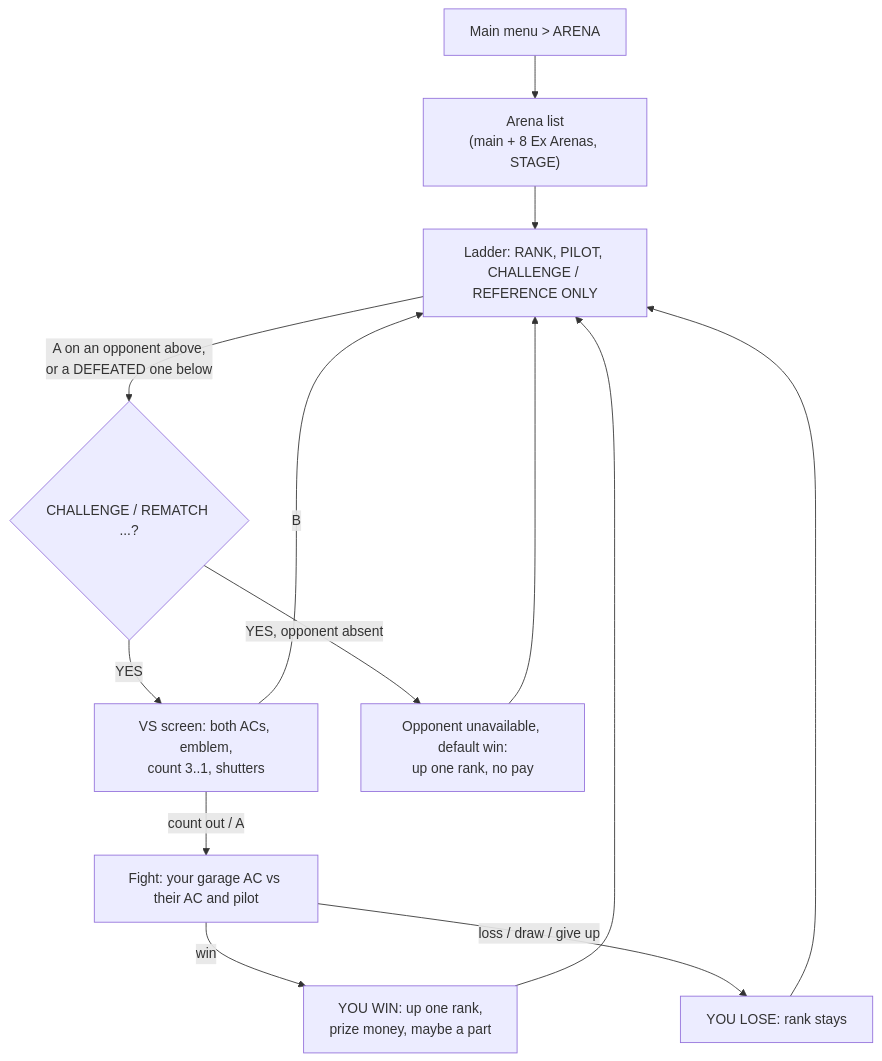
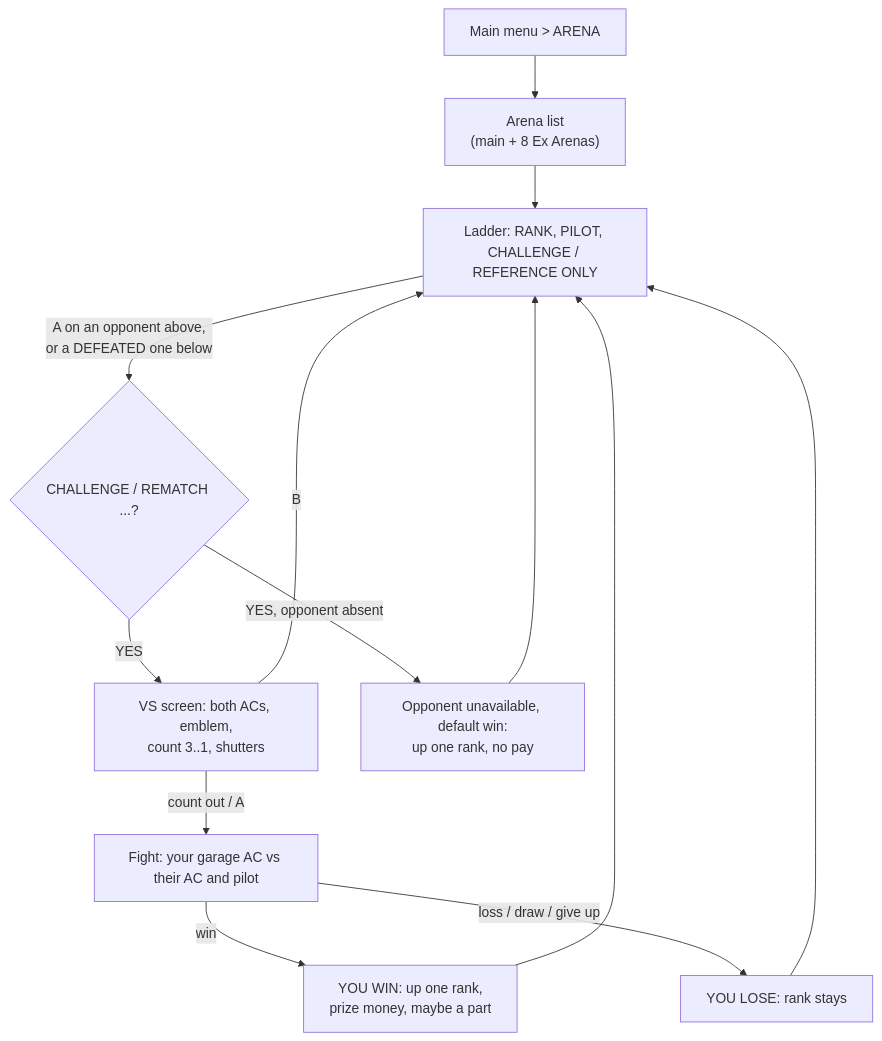
One commit to Hatdagger/Armored-CoreR changed the diagram in docs/ARENA.md. Above: the diagram before and after it, drawn with Mermaid. The commit also changed other lines of this file and 3 other files, not shown here.

First line of the commit message:
ASSEMBLE: wrapping slot list with a fixed focus row, AC STATUS box; ARENA: stage picked in the challenge window

````diff
--- a/docs/ARENA.md
+++ b/docs/ARENA.md
@@ -39,15 +39,15 @@
 ```mermaid
 flowchart TD
-    M["Main menu > ARENA"] --> L["Arena list<br/>(main + 8 Ex Arenas, STAGE)"]
+    M["Main menu > ARENA"] --> L["Arena list<br/>(main + 8 Ex Arenas)"]
     L --> R["Ladder: RANK, PILOT, CHALLENGE / REFERENCE ONLY"]
     R -- "A on an opponent above,<br/>or a DEFEATED one below" --> Q{"CHALLENGE / REMATCH ...?"}
     Q -- YES --> V["VS screen: both ACs, emblem,<br/>count 3..1, shutters"]
     Q -- "YES, opponent absent" --> D["Opponent unavailable, default win:<br/>up one rank, no pay"]
     D --> R
     V -- "count out / A" --> F["Fight: your garage AC vs their AC and pilot"]
     V -- B --> R
     F -- win --> W["YOU WIN: up one rank,<br/>prize money, maybe a part"]
     F -- "loss / draw / give up" --> X["YOU LOSE: rank stays"]
     W --> R
     X --> R
 ```
````
